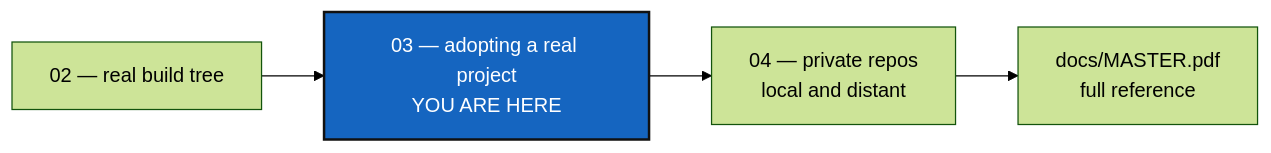
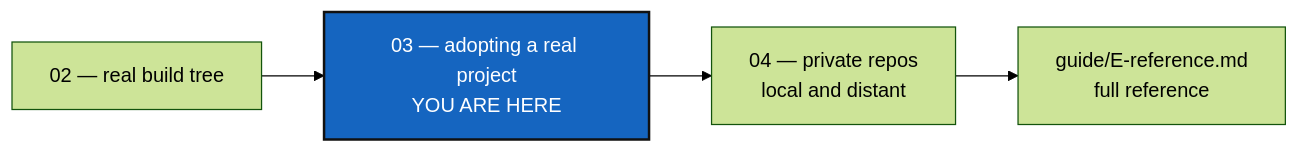
Before and after one commit to flipoyo/ComplexGitSync: the diagram in tutorials/03_adopting_a_real_project.md, drawn with Mermaid (forest theme). The commit also changed other lines of this file and 15 other files, not shown here.

````diff
--- a/tutorials/03_adopting_a_real_project.md
+++ b/tutorials/03_adopting_a_real_project.md
@@ -34,9 +36,9 @@
 ```mermaid
 graph LR
     T2["02 — real build tree"] --> T3["03 — adopting a real project<br/>YOU ARE HERE"]
     T3 --> T4["04 — private repos<br/>local and distant"]
-    T4 --> REF["docs/MASTER.pdf<br/>full reference"]
+    T4 --> REF["guide/E-reference.md<br/>full reference"]
 
     classDef here fill:#1565C0,color:#fff,stroke:#111,stroke-width:2px;
     class T3 here;
 ```
````
